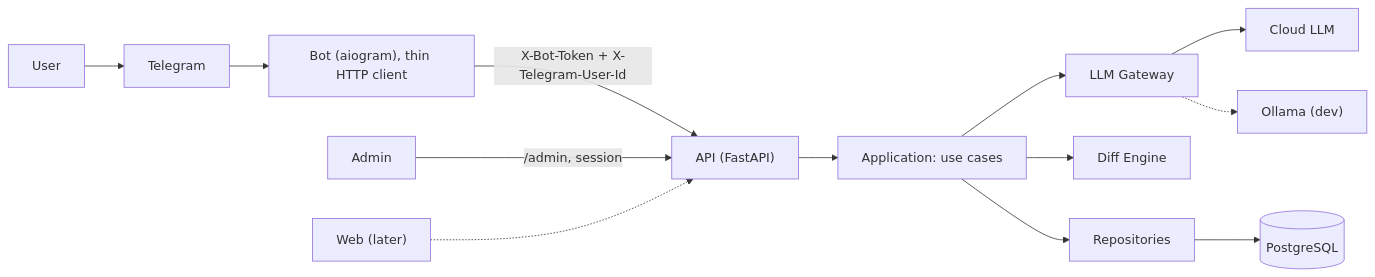
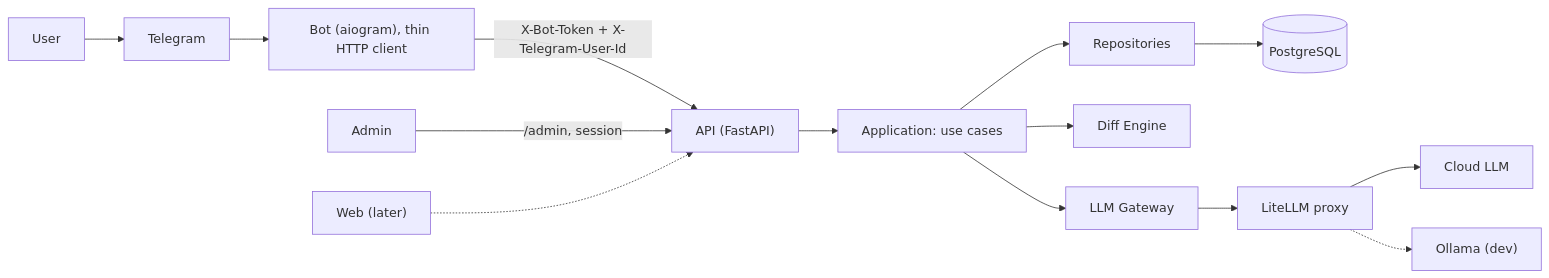
Before and after one commit to topol-3000/engleks: the first of 2 diagrams in docs/architecture.md, drawn with Mermaid. The commit also changed other lines of this file and 3 other files, not shown here.

First line of the commit message:
test(api): add real-LLM checks; docs: LiteLLM proxy, app_user, categories

````diff
--- a/docs/architecture.md
+++ b/docs/architecture.md
@@ -16,15 +16,16 @@
 ```mermaid
 flowchart LR
   U[User] --> TG[Telegram]
   TG --> BOT["Bot (aiogram), thin HTTP client"]
   BOT -->|X-Bot-Token + X-Telegram-User-Id| API["API (FastAPI)"]
   ADM[Admin] -->|/admin, session| API
   WEB["Web (later)"] -.-> API
   API --> APP[Application: use cases]
   APP --> LLM[LLM Gateway]
   APP --> DIFF[Diff Engine]
   APP --> REPO[Repositories]
   REPO --> PG[(PostgreSQL)]
-  LLM --> P1[Cloud LLM]
-  LLM -.-> P2["Ollama (dev)"]
+  LLM --> PROXY["LiteLLM proxy"]
+  PROXY --> P1[Cloud LLM]
+  PROXY -.-> P2["Ollama (dev)"]
 ```
````
